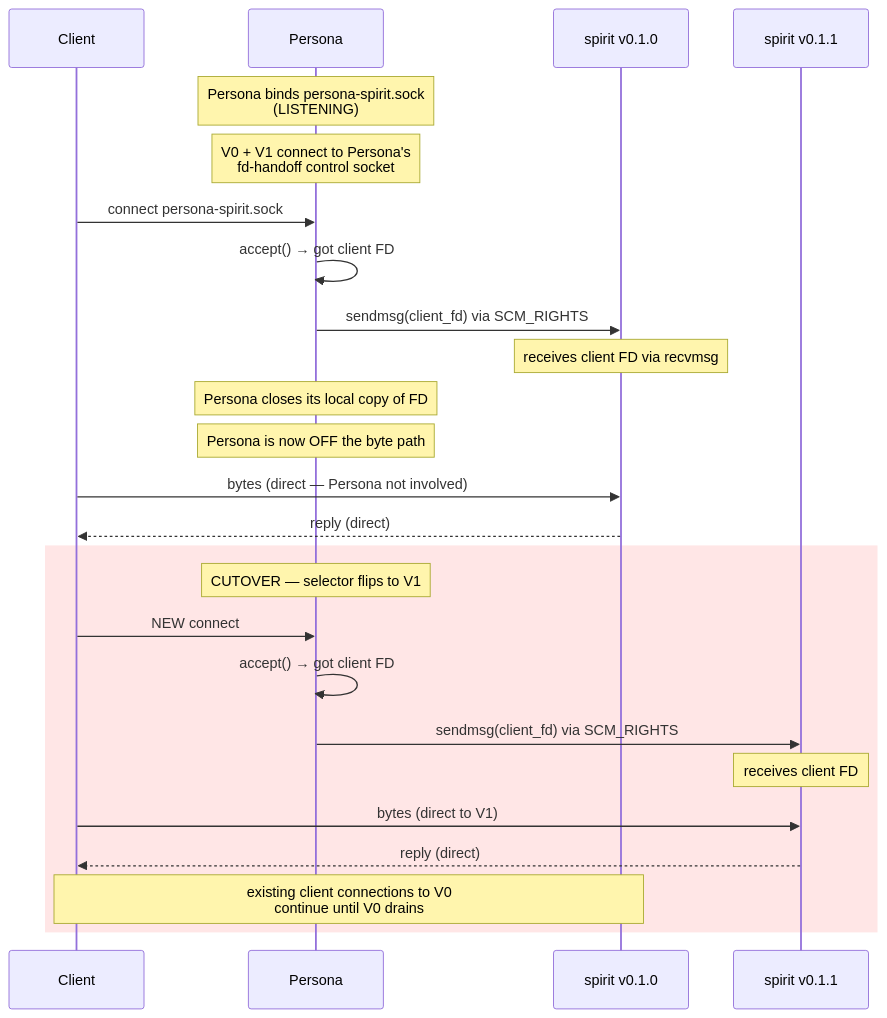
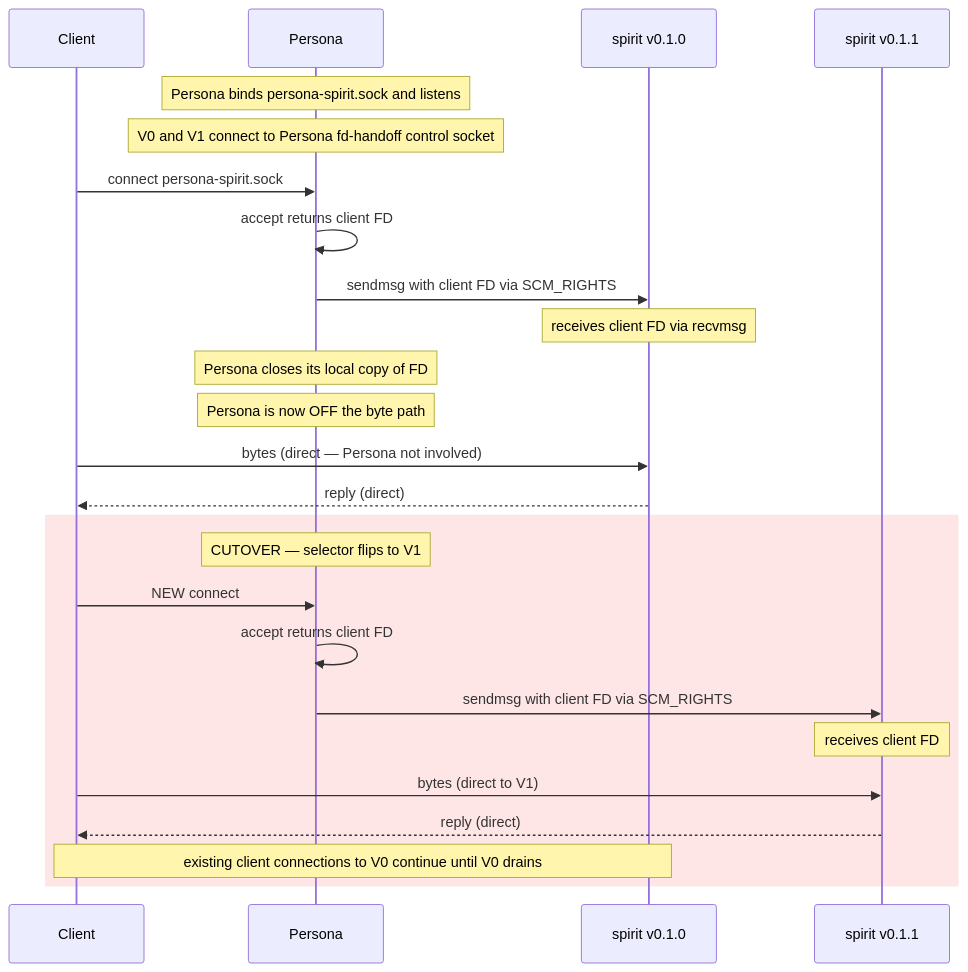
One commit to LiGoldragon/primary changed the ninth of 10 diagrams in reports/second-designer/155-three-tier-signal-sizing-and-lossless-routing-2026-05-22.md. Above: the diagram before and after it, drawn with Mermaid. The commit also changed other lines of this file, not shown here.

Commit message:
/155 mermaid fixes: replace ; in sequence diagram Notes and arrow text, replace Unicode arrows, simplify participant aliases per skills/mermaid.md

````diff
--- a/reports/second-designer/155-three-tier-signal-sizing-and-lossless-routing-2026-05-22.md
+++ b/reports/second-designer/155-three-tier-signal-sizing-and-lossless-routing-2026-05-22.md
@@ -505,29 +505,29 @@
 ```mermaid
 sequenceDiagram
     participant C as Client
     participant P as Persona
     participant V0 as spirit v0.1.0
     participant V1 as spirit v0.1.1
 
-    Note over P: Persona binds persona-spirit.sock<br/>(LISTENING)
-    Note over P: V0 + V1 connect to Persona's<br/>fd-handoff control socket
+    Note over P: Persona binds persona-spirit.sock and listens
+    Note over P: V0 and V1 connect to Persona fd-handoff control socket
     C->>P: connect persona-spirit.sock
-    P->>P: accept() → got client FD
-    P->>V0: sendmsg(client_fd) via SCM_RIGHTS
+    P->>P: accept returns client FD
+    P->>V0: sendmsg with client FD via SCM_RIGHTS
     Note over V0: receives client FD via recvmsg
     Note over P: Persona closes its local copy of FD
     Note over P: Persona is now OFF the byte path
     C->>V0: bytes (direct — Persona not involved)
     V0-->>C: reply (direct)
 
     rect rgb(255, 230, 230)
         Note over P: CUTOVER — selector flips to V1
         C->>P: NEW connect
-        P->>P: accept() → got client FD
-        P->>V1: sendmsg(client_fd) via SCM_RIGHTS
+        P->>P: accept returns client FD
+        P->>V1: sendmsg with client FD via SCM_RIGHTS
         Note over V1: receives client FD
         C->>V1: bytes (direct to V1)
         V1-->>C: reply (direct)
-        Note over V0,C: existing client connections to V0<br/>continue until V0 drains
+        Note over V0,C: existing client connections to V0 continue until V0 drains
     end
 ```
````
